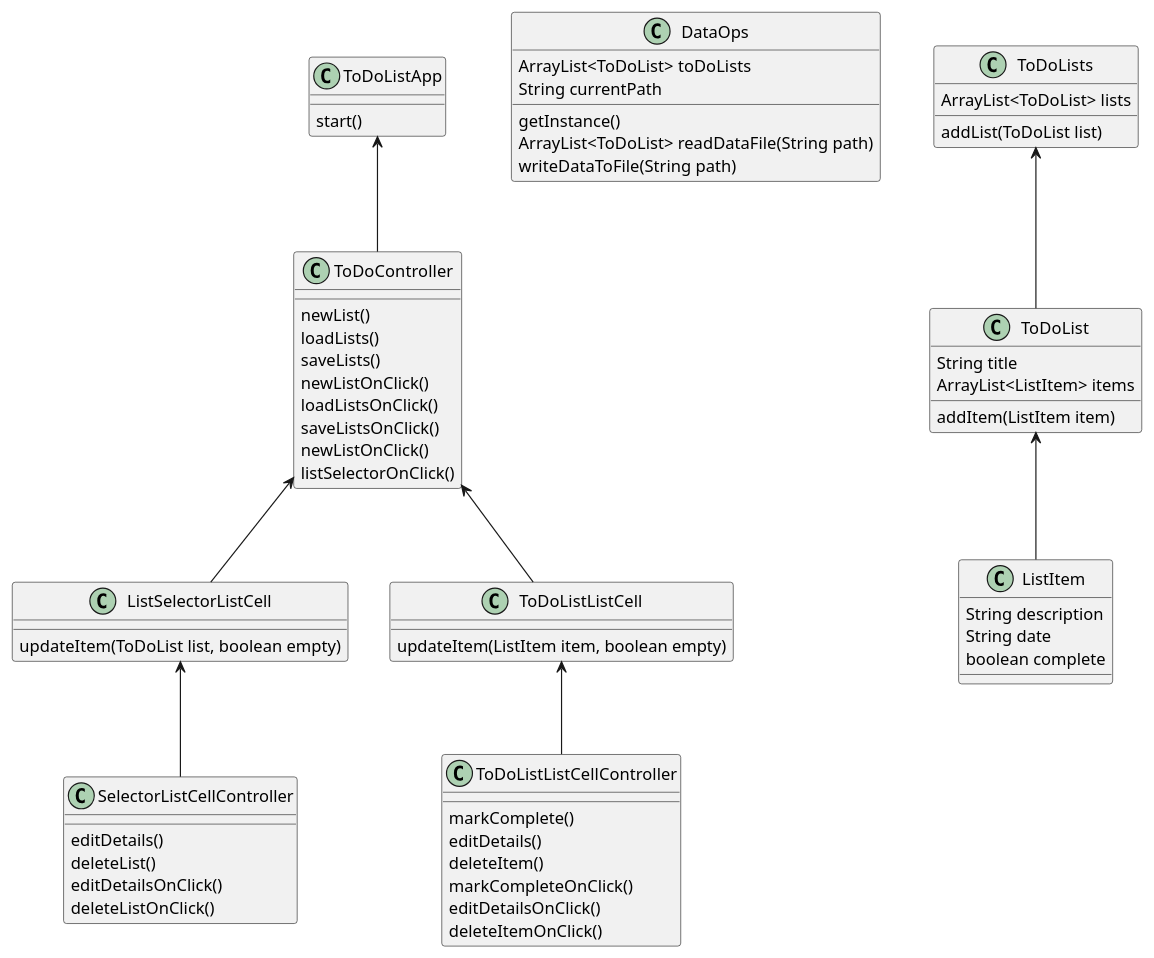
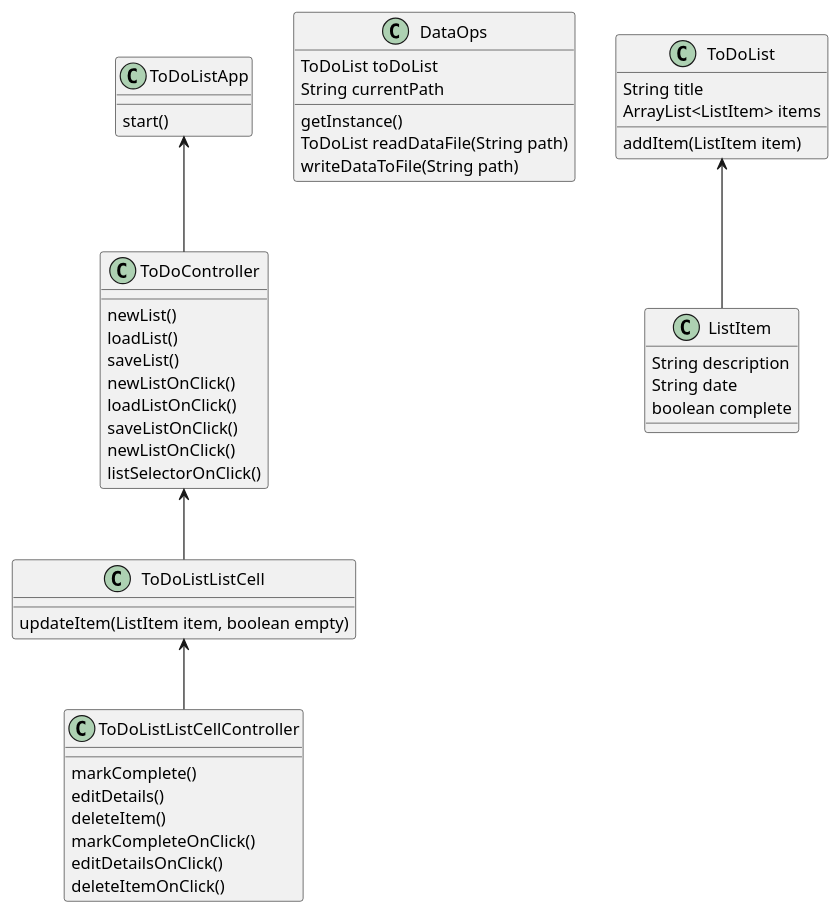
Before and after one commit to rydohg/cop3330-2Do: the diagram in src/main/java/ucf/assignments/ToDoListApp.puml, drawn with PlantUML. The commit also changed 16 other files, not shown here.

```diff
--- a/src/main/java/ucf/assignments/ToDoListApp.puml
+++ b/src/main/java/ucf/assignments/ToDoListApp.puml
@@ -1,73 +1,54 @@
 @startuml
 class ToDoListApp {
     start()
 }
 
 class DataOps {
-    ArrayList<ToDoList> toDoLists
+    ToDoList toDoList
     String currentPath
     getInstance()
-    ArrayList<ToDoList> readDataFile(String path)
+    ToDoList readDataFile(String path)
     writeDataToFile(String path)
 }
 
 class ToDoController {
     newList()
-    loadLists()
-    saveLists()
+    loadList()
+    saveList()
     newListOnClick()
-    loadListsOnClick()
-    saveListsOnClick()
+    loadListOnClick()
+    saveListOnClick()
     newListOnClick()
     listSelectorOnClick()
-}
-
-class ListSelectorListCell {
-    updateItem(ToDoList list, boolean empty)
 }
 
 class ToDoListListCell {
     updateItem(ListItem item, boolean empty)
 }
 
 class ToDoListListCellController {
     markComplete()
     editDetails()
     deleteItem()
     markCompleteOnClick()
     editDetailsOnClick()
     deleteItemOnClick()
 }
 
-class SelectorListCellController {
-    editDetails()
-    deleteList()
-    editDetailsOnClick()
-    deleteListOnClick()
-}
-
-class ToDoLists {
-    ArrayList<ToDoList> lists
-    addList(ToDoList list)
-}
-
 class ToDoList {
     String title
     ArrayList<ListItem> items
     addItem(ListItem item)
 }
 
 class ListItem {
     String description
     String date
     boolean complete
 }
 
-ToDoLists <-- ToDoList
 ToDoList <-- ListItem
-ToDoController <-- ListSelectorListCell
 ToDoController <-- ToDoListListCell
 ToDoListListCell <-- ToDoListListCellController
-ListSelectorListCell <-- SelectorListCellController
 ToDoListApp <-- ToDoController
 @enduml
```
